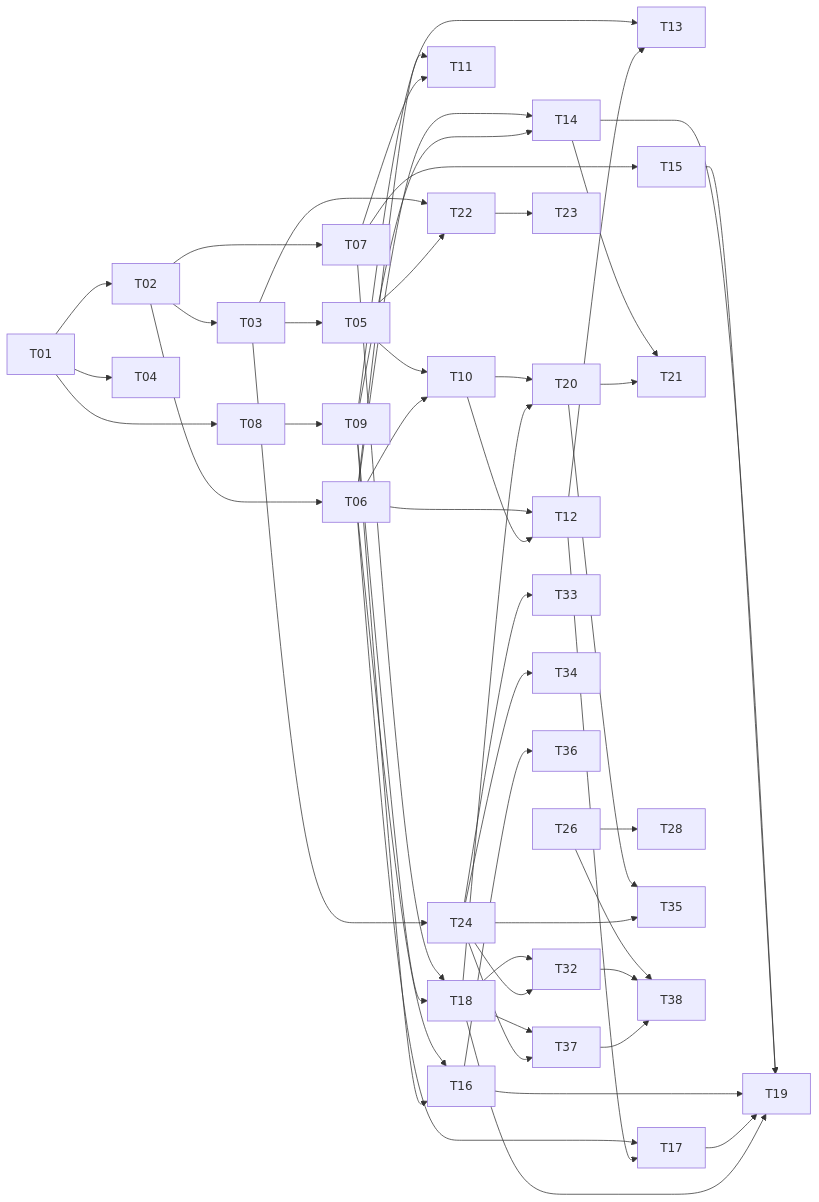
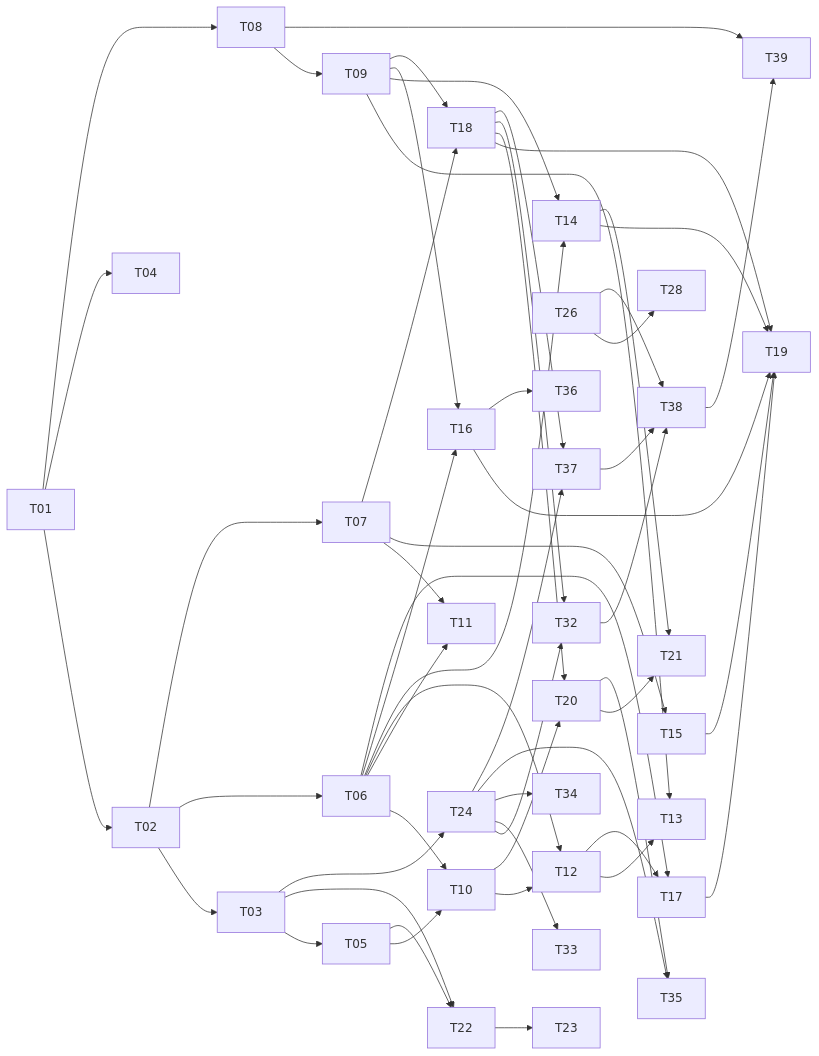
The diagram in docs/tasks/README.md (i-gabdrahmanov/ForgeIDE), drawn with Mermaid before and after one commit. The commit also changed other lines of this file and 3 other files, not shown here.

````diff
--- a/docs/tasks/README.md
+++ b/docs/tasks/README.md
@@ -51,45 +52,47 @@
 ```mermaid
 flowchart LR
     T01 --> T02 --> T03 --> T05
     T01 --> T04
     T01 --> T08 --> T09
     T02 --> T06
     T02 --> T07
     T05 --> T10
     T06 --> T10
     T06 --> T11
     T07 --> T11
     T06 --> T12
     T10 --> T12
     T09 --> T13
     T12 --> T13
     T06 --> T14
     T09 --> T14
     T07 --> T15
     T06 --> T16
     T09 --> T16
     T06 --> T17
     T12 --> T17
     T07 --> T18
     T09 --> T18
     T14 & T15 & T16 & T17 & T18 --> T19
     T10 --> T20
     T18 --> T20
     T14 --> T21
     T20 --> T21
     T03 --> T22
     T05 --> T22
     T22 --> T23
     T03 --> T24
     T26 --> T28
     T18 --> T32
     T24 --> T32 & T33 & T34
     T20 --> T35
     T24 --> T35
     T16 --> T36
     T18 --> T37
     T24 --> T37
     T26 --> T38
     T32 --> T38
     T37 --> T38
+    T08 --> T39
+    T38 --> T39
 ```
````
